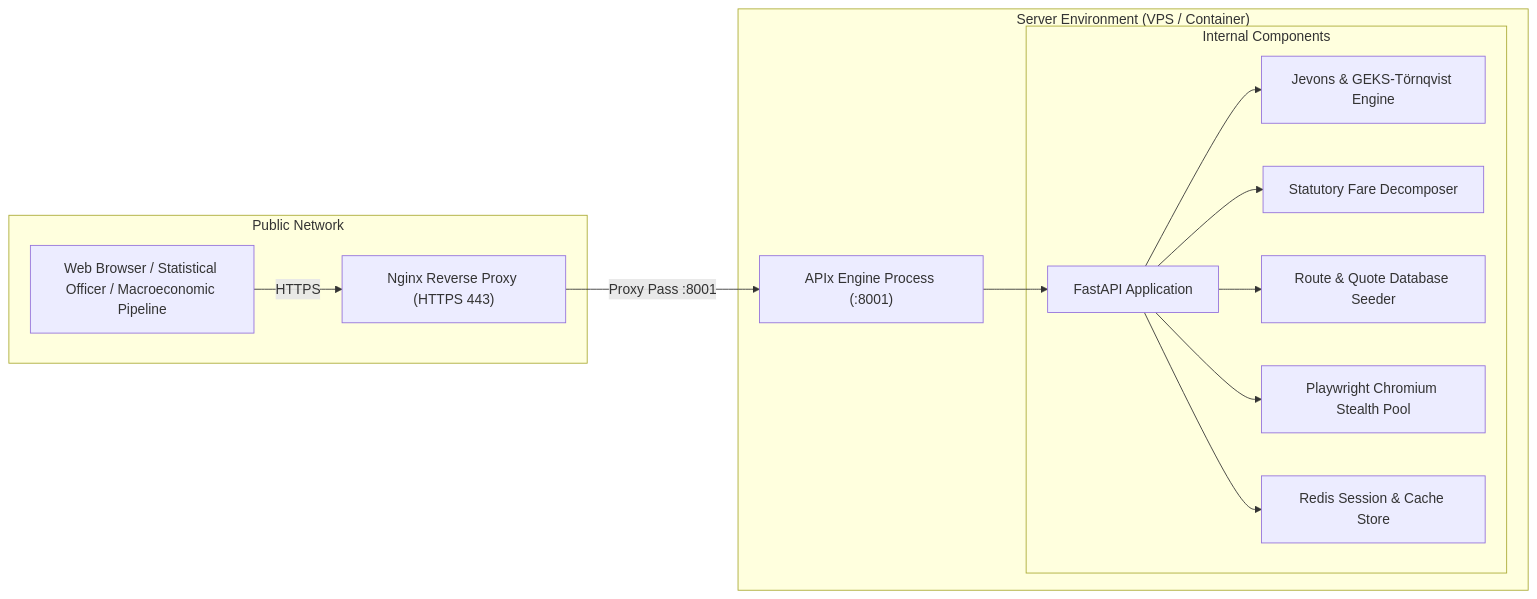
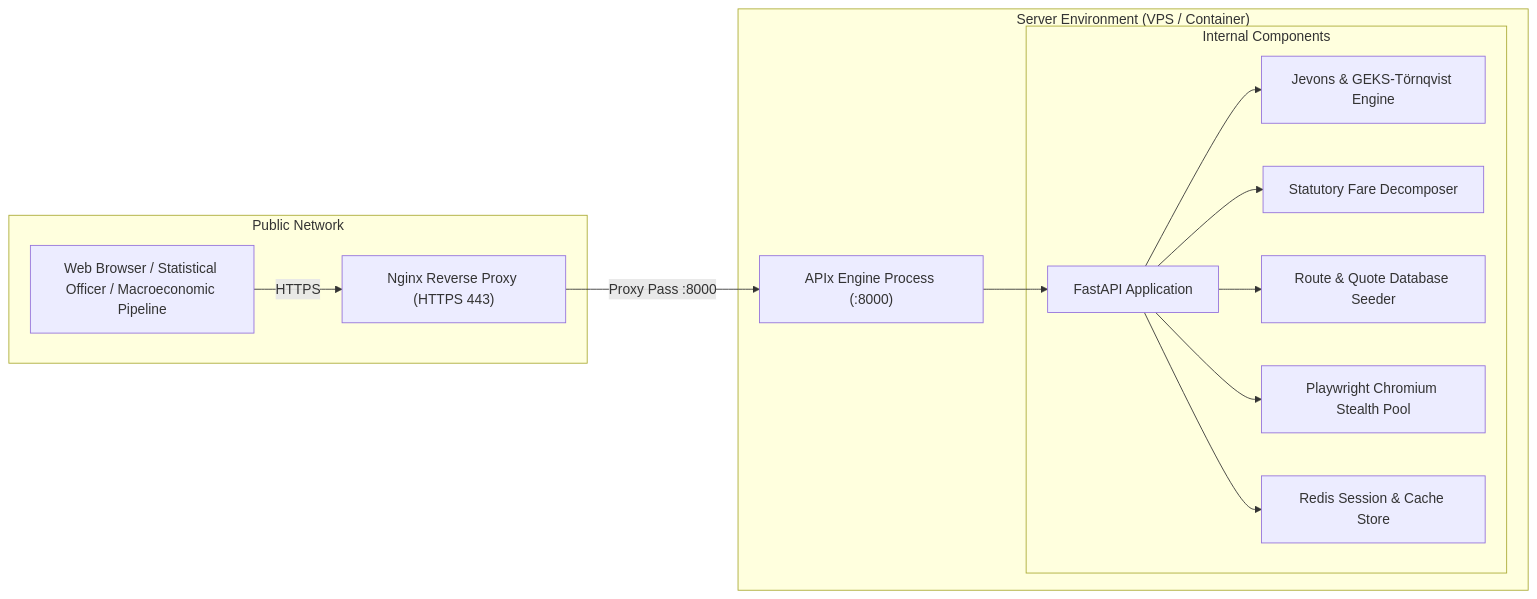
One commit to Tejas3479/APIx changed the diagram in docs/SELF_HOSTING.md. Above: the diagram before and after it, drawn with Mermaid. The commit also changed other lines of this file and 11 other files, not shown here.

````diff
--- a/docs/SELF_HOSTING.md
+++ b/docs/SELF_HOSTING.md
@@ -9,29 +9,29 @@
 ```mermaid
 flowchart LR
     subgraph Public["Public Network"]
         CLIENT["Web Browser / Statistical Officer / Macroeconomic Pipeline"]
         NGINX["Nginx Reverse Proxy (HTTPS 443)"]
     end
 
     subgraph Host["Server Environment (VPS / Container)"]
-        CONTAINER["APIx Engine Process (:8001)"]
+        CONTAINER["APIx Engine Process (:8000)"]
         
         subgraph Inside["Internal Components"]
             FASTAPI["FastAPI Application"]
             INDEX["Jevons & GEKS-Törnqvist Engine"]
             DECOMP["Statutory Fare Decomposer"]
             SEEDER["Route & Quote Database Seeder"]
             PW["Playwright Chromium Stealth Pool"]
             SESSIONS["Redis Session & Cache Store"]
         end
     end
 
     CLIENT -->|HTTPS| NGINX
-    NGINX -->|Proxy Pass :8001| CONTAINER
+    NGINX -->|Proxy Pass :8000| CONTAINER
     CONTAINER --> FASTAPI
     FASTAPI --> INDEX
     FASTAPI --> DECOMP
     FASTAPI --> SEEDER
     FASTAPI --> PW
     FASTAPI --> SESSIONS
 ```
````
